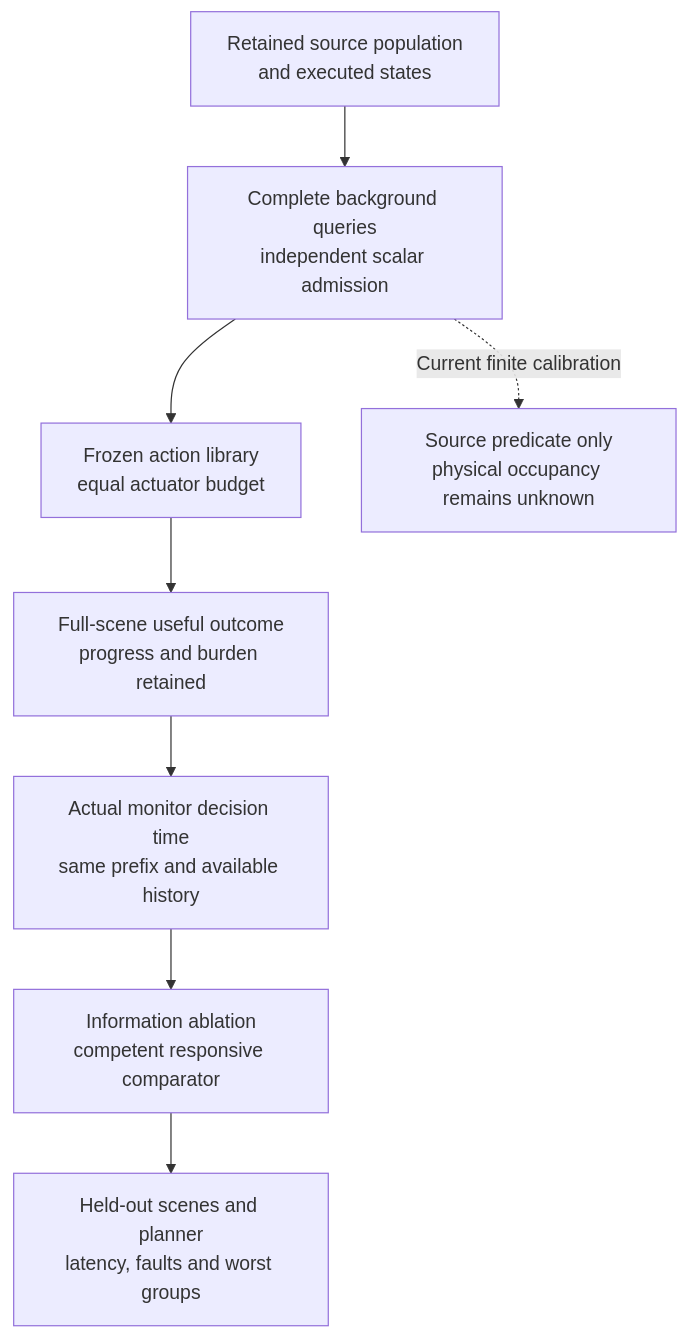
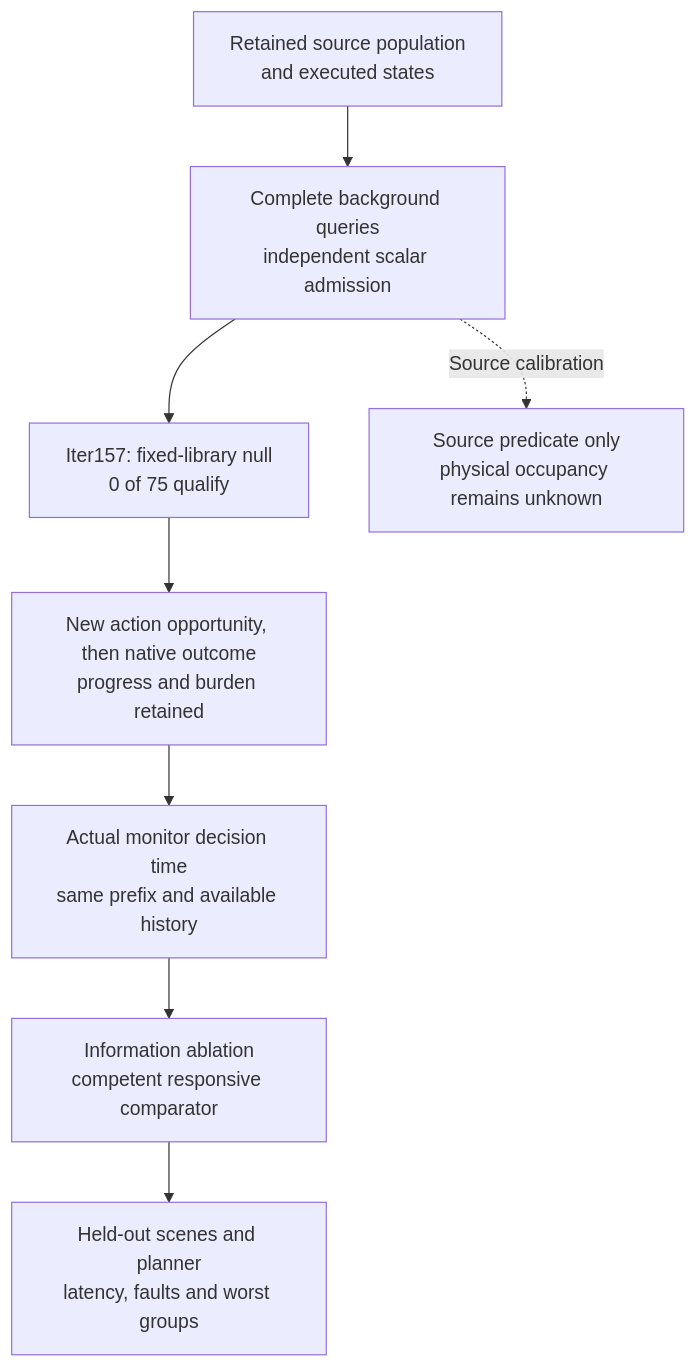
Before and after one commit to manfromnowhere143/sentinel: the diagram in docs/research/SENTINEL_FRONTIER_ENGINE_REVIEW_2026-10-12.md, drawn with Mermaid. The commit also changed other lines of this file and 33 other files, not shown here.

Commit message:
Close the constrained action-library null and publish its complete limits

````diff
--- a/docs/research/SENTINEL_FRONTIER_ENGINE_REVIEW_2026-10-12.md
+++ b/docs/research/SENTINEL_FRONTIER_ENGINE_REVIEW_2026-10-12.md
@@ -36,12 +44,12 @@
 ```mermaid
 flowchart TB
   accTitle: Proposed evidence sequence after the background constraint
   accDescr: Complete source calibration precedes useful recovery, decision-time validation, information ablation and held-out tests.
   A["Retained source population<br/>and executed states"] --> B["Complete background queries<br/>independent scalar admission"]
-  B --> C["Frozen action library<br/>equal actuator budget"]
-  C --> D["Full-scene useful outcome<br/>progress and burden retained"]
+  B --> C["Iter157: fixed-library null<br/>0 of 75 qualify"]
+  C --> D["New action opportunity, then native outcome<br/>progress and burden retained"]
   D --> E["Actual monitor decision time<br/>same prefix and available history"]
   E --> F["Information ablation<br/>competent responsive comparator"]
   F --> G["Held-out scenes and planner<br/>latency, faults and worst groups"]
-  B -. "Current finite calibration" .-> L["Source predicate only<br/>physical occupancy remains unknown"]
+  B -. "Source calibration" .-> L["Source predicate only<br/>physical occupancy remains unknown"]
 ```
````
